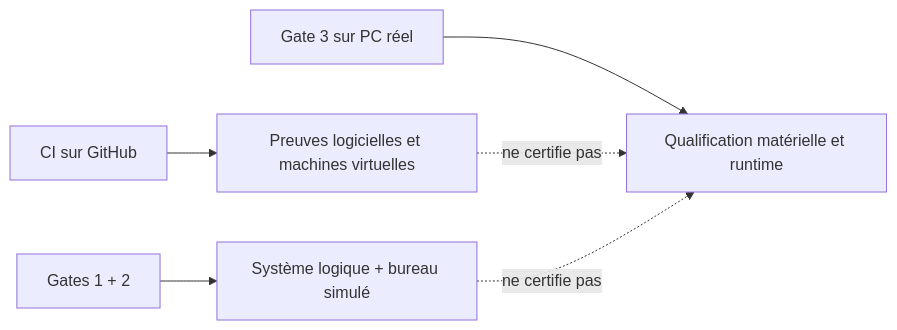
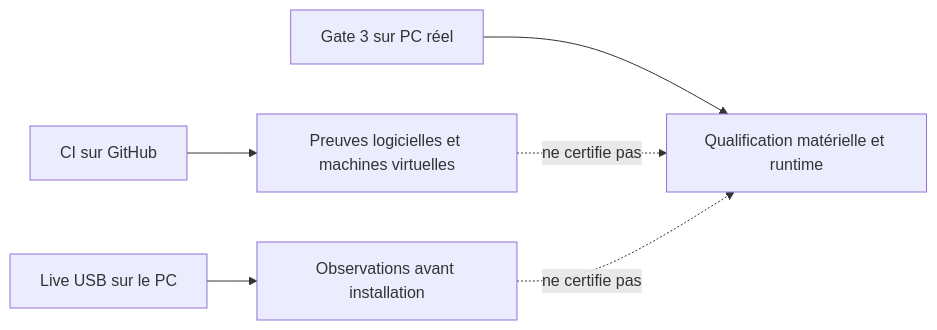
One commit to mathiasseguincadiche/FEDORA_GNOME_CUSTOM changed the third of 3 diagrams in docs/ARCHITECTURE_PEDAGOGIQUE.md. Above: the diagram before and after it, drawn with Mermaid. The commit also changed other lines of this file and 146 other files, not shown here.

Commit message:
Adopter les tests Live USB natifs et retirer le profil Windows 11

````diff
--- a/docs/ARCHITECTURE_PEDAGOGIQUE.md
+++ b/docs/ARCHITECTURE_PEDAGOGIQUE.md
@@ -127,8 +126,8 @@
 ```mermaid
 flowchart LR
   A["CI sur GitHub"] --> B["Preuves logicielles et machines virtuelles"]
-  C["Gates 1 + 2"] --> D["Système logique + bureau simulé"]
+  C["Live USB sur le PC"] --> D["Observations avant installation"]
   E["Gate 3 sur PC réel"] --> F["Qualification matérielle et runtime"]
   B -. "ne certifie pas" .-> F
   D -. "ne certifie pas" .-> F
 ```
````
